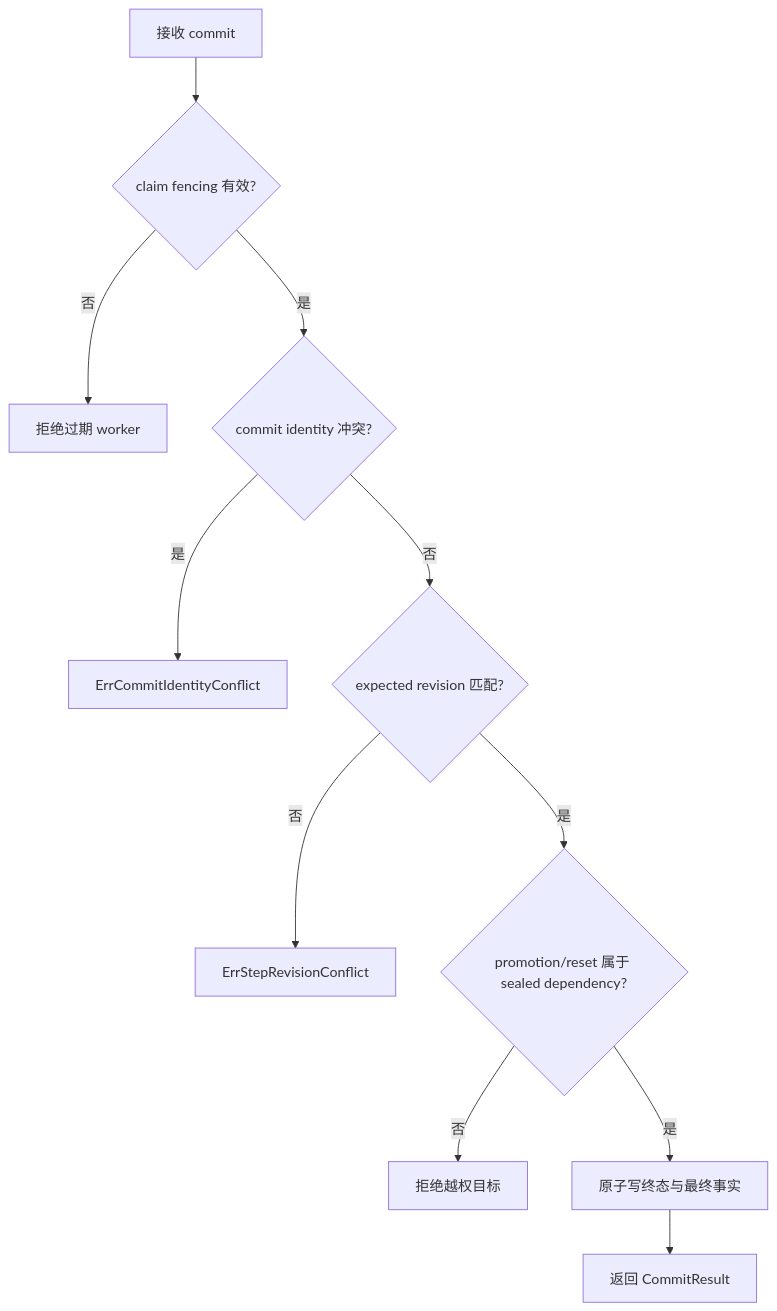
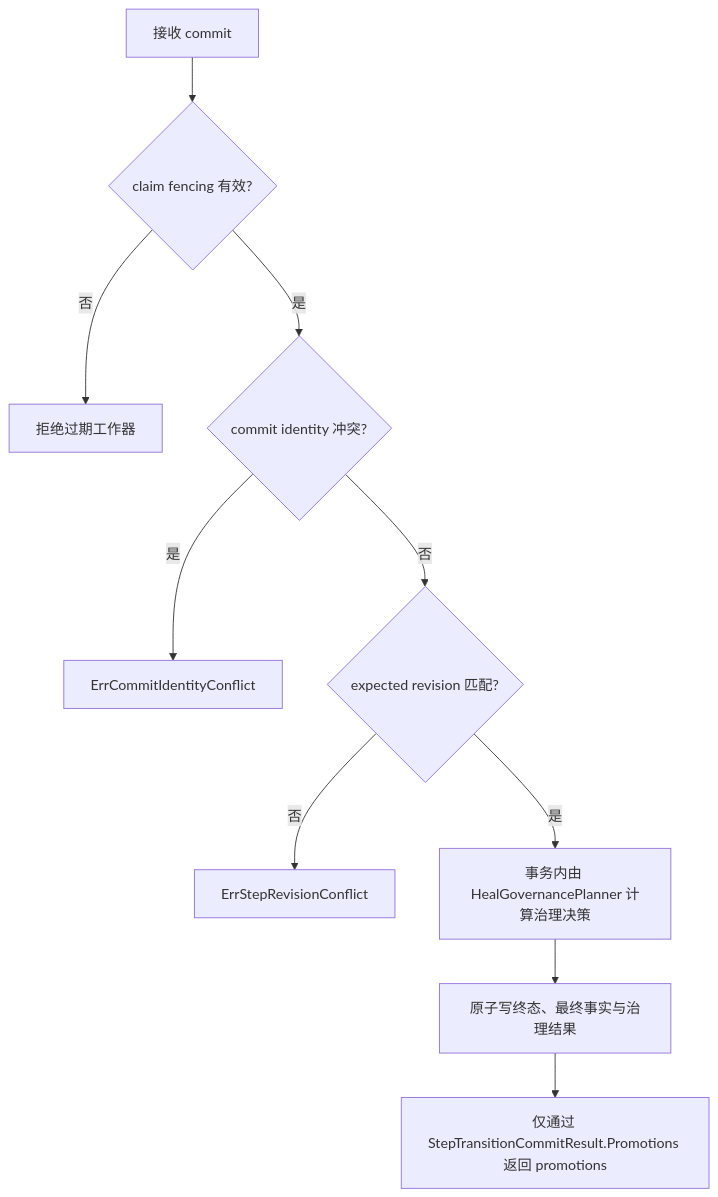
One commit to Capsule7446/healix-core changed the second of 2 diagrams in docs/application/execution/commit-step-transition.md. Above: the diagram before and after it, drawn with Mermaid. The commit also changed other lines of this file and 180 other files, not shown here.

````diff
--- a/docs/application/execution/commit-step-transition.md
+++ b/docs/application/execution/commit-step-transition.md
@@ -31,13 +37,12 @@
 ```mermaid
 flowchart TD
     A[接收 commit] --> B{claim fencing 有效?}
-    B -- 否 --> E1[拒绝过期 worker]
+    B -- 否 --> E1[拒绝过期工作器]
     B -- 是 --> C{commit identity 冲突?}
     C -- 是 --> E2[ErrCommitIdentityConflict]
     C -- 否 --> D{expected revision 匹配?}
     D -- 否 --> E3[ErrStepRevisionConflict]
-    D -- 是 --> F{promotion/reset 属于 sealed dependency?}
-    F -- 否 --> E4[拒绝越权目标]
-    F -- 是 --> G[原子写终态与最终事实]
-    G --> H[返回 CommitResult]
+    D -- 是 --> F[事务内由 HealGovernancePlanner 计算治理决策]
+    F --> G[原子写终态、最终事实与治理结果]
+    G --> H[仅通过 StepTransitionCommitResult.Promotions 返回 promotions]
 ```
````
